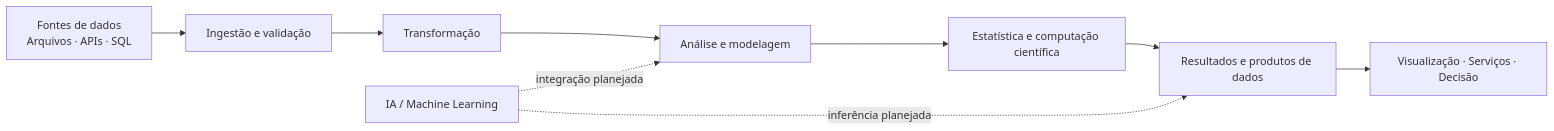
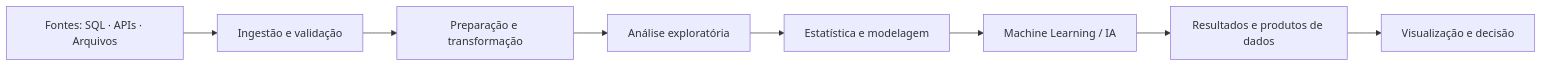
Before and after one commit to nrdataanalysis-1908/NYX: the first of 3 diagrams in README.md, drawn with Mermaid. The commit also changed other lines of this file, not shown here.

````diff
--- a/README.md
+++ b/README.md
@@ -137,11 +123,10 @@
 ```mermaid
 flowchart LR
-    A["Fontes de dados<br/>Arquivos · APIs · SQL"] --> B["Ingestão e validação"]
-    B --> C["Transformação"]
-    C --> D["Análise e modelagem"]
-    D --> E["Estatística e computação científica"]
-    E --> F["Resultados e produtos de dados"]
-    F --> G["Visualização · Serviços · Decisão"]
-    H["IA / Machine Learning"] -. "integração planejada" .-> D
-    H -. "inferência planejada" .-> F
+    A["Fontes: SQL · APIs · Arquivos"] --> B["Ingestão e validação"]
+    B --> C["Preparação e transformação"]
+    C --> D["Análise exploratória"]
+    D --> E["Estatística e modelagem"]
+    E --> F["Machine Learning / IA"]
+    F --> G["Resultados e produtos de dados"]
+    G --> H["Visualização e decisão"]
 ```
````
